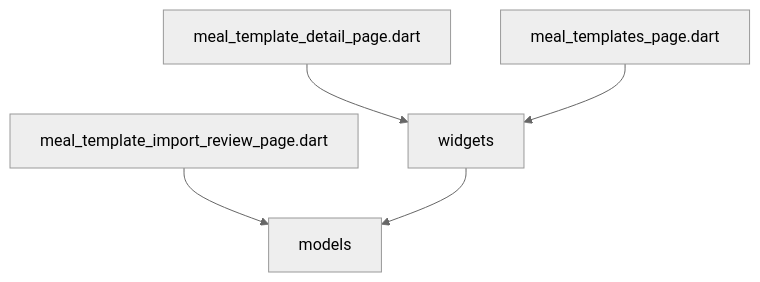
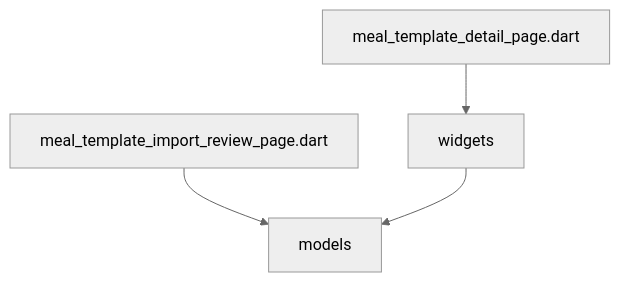
One commit to repinw/yamt changed the diagram in lib/features/meal_templates/presentation/DEPS.md. Above: the diagram before and after it, drawn with Mermaid (neutral theme). The commit also changed 16 other files, not shown here.

Commit message:
refactor(meal_templates): align presentation providers and widget structure

````diff
--- a/lib/features/meal_templates/presentation/DEPS.md
+++ b/lib/features/meal_templates/presentation/DEPS.md
@@ -6,7 +6,6 @@
 ```mermaid
 flowchart TD;
 meal_template_detail_page.dart-->widgets;
 meal_template_import_review_page.dart-->models;
-meal_templates_page.dart-->widgets;
 widgets-->models;
 ```
````
